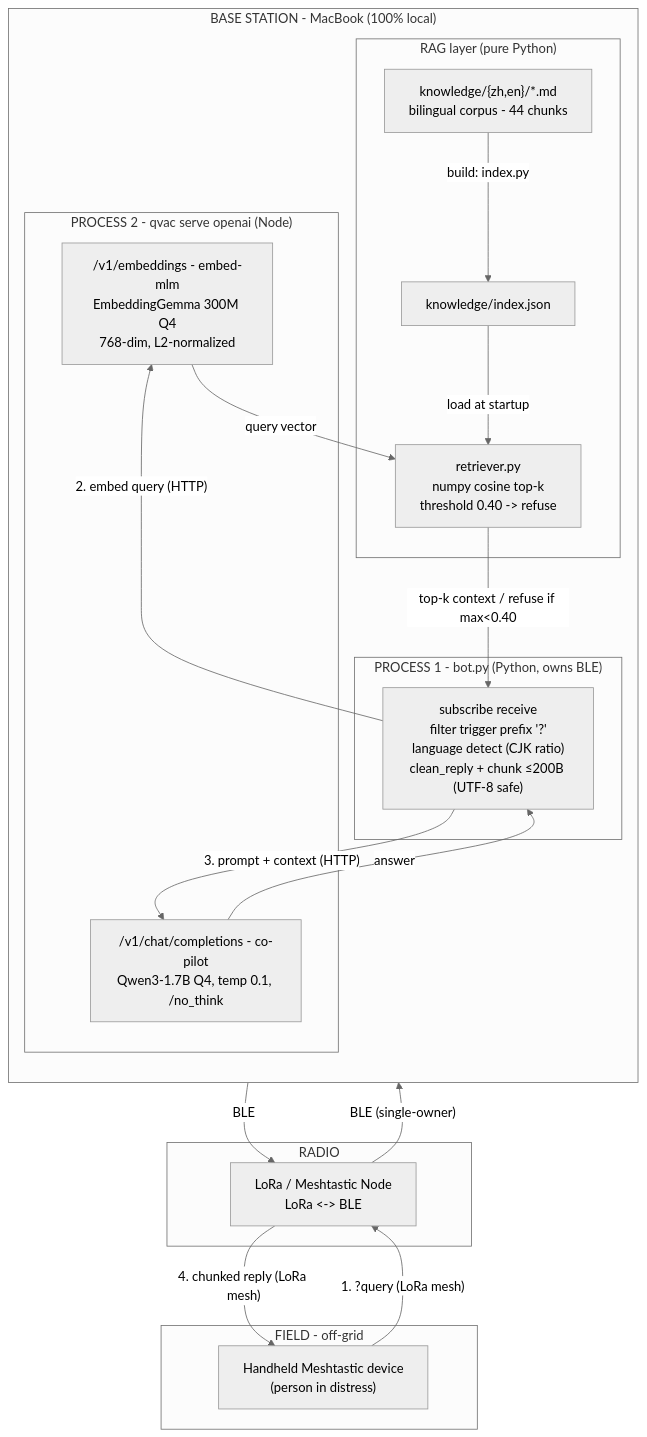
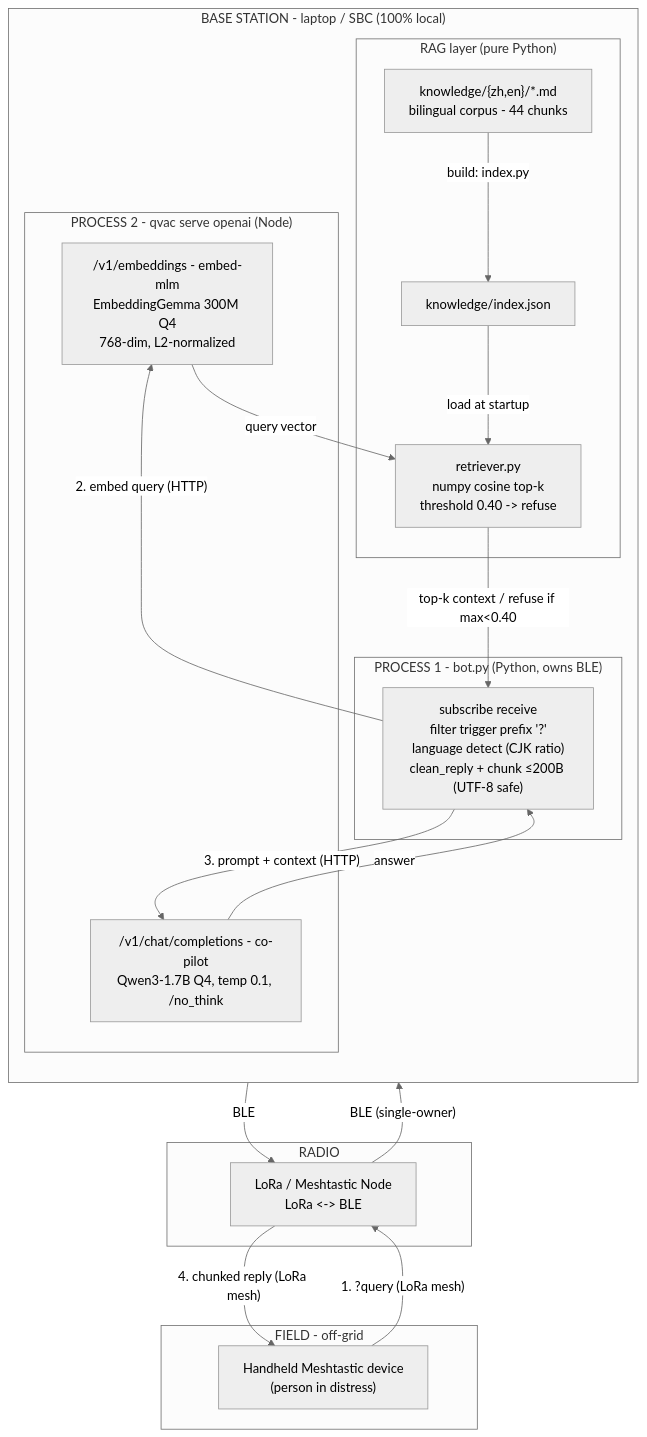
One commit to Chriskatz/survival-copilot changed the diagram in architecture.md. Above: the diagram before and after it, drawn with Mermaid (neutral theme). The commit also changed other lines of this file and 17 other files, not shown here.

First line of the commit message:
docs(deck): broaden base-station wording + slide redesign + narration

````diff
--- a/architecture.md
+++ b/architecture.md
@@ -10,38 +10,38 @@
 ```mermaid
 flowchart TB
     subgraph FIELD["FIELD - off-grid"]
         H["Handheld Meshtastic device<br/>(person in distress)"]
     end
 
     subgraph RADIO["RADIO"]
         W["LoRa / Meshtastic Node<br/>LoRa &lt;-&gt; BLE"]
     end
 
-    subgraph MAC["BASE STATION - MacBook (100% local)"]
+    subgraph MAC["BASE STATION - laptop / SBC (100% local)"]
         direction TB
         subgraph P1["PROCESS 1 - bot.py (Python, owns BLE)"]
             BOT["subscribe receive<br/>filter trigger prefix '?'<br/>language detect (CJK ratio)<br/>clean_reply + chunk &le;200B (UTF-8 safe)"]
         end
         subgraph RAGL["RAG layer (pure Python)"]
             COR["knowledge/{zh,en}/*.md<br/>bilingual corpus - 44 chunks"]
             IDX["knowledge/index.json"]
             RET["retriever.py<br/>numpy cosine top-k<br/>threshold 0.40 -> refuse"]
         end
         subgraph P2["PROCESS 2 - qvac serve openai (Node)"]
             EMB["/v1/embeddings - embed-mlm<br/>EmbeddingGemma 300M Q4<br/>768-dim, L2-normalized"]
             LLM["/v1/chat/completions - co-pilot<br/>Qwen3-1.7B Q4, temp 0.1, /no_think"]
         end
     end
 
     H   -- "1. ?query (LoRa mesh)" --> W
     W   -- "BLE (single-owner)"     --> BOT
     BOT -- "2. embed query (HTTP)"  --> EMB
     EMB -- "query vector"           --> RET
     COR -- "build: index.py"        --> IDX
     IDX -- "load at startup"        --> RET
     RET -- "top-k context / refuse if max&lt;0.40" --> BOT
     BOT -- "3. prompt + context (HTTP)" --> LLM
     LLM -- "answer"                 --> BOT
     BOT -- "BLE"                    --> W
     W   -- "4. chunked reply (LoRa mesh)" --> H
 ```
````
